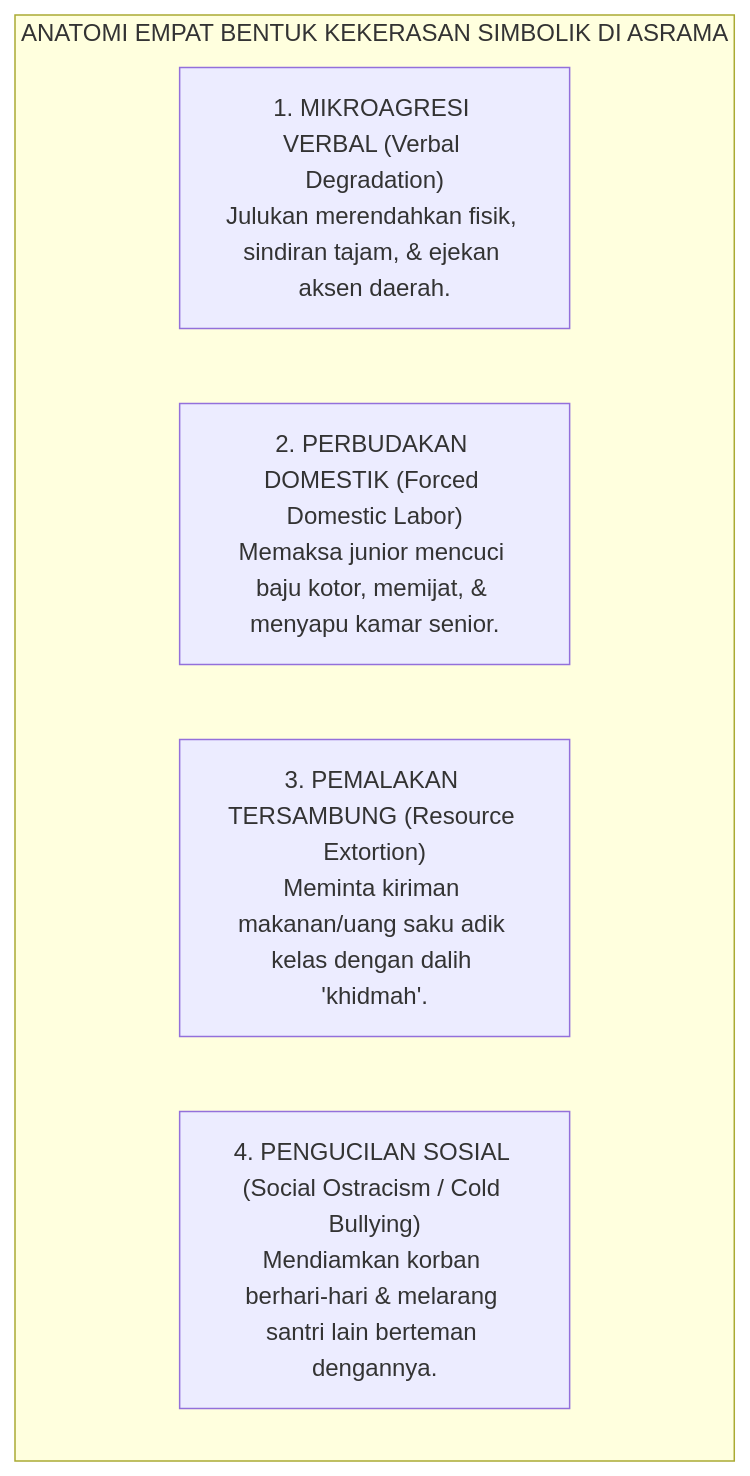
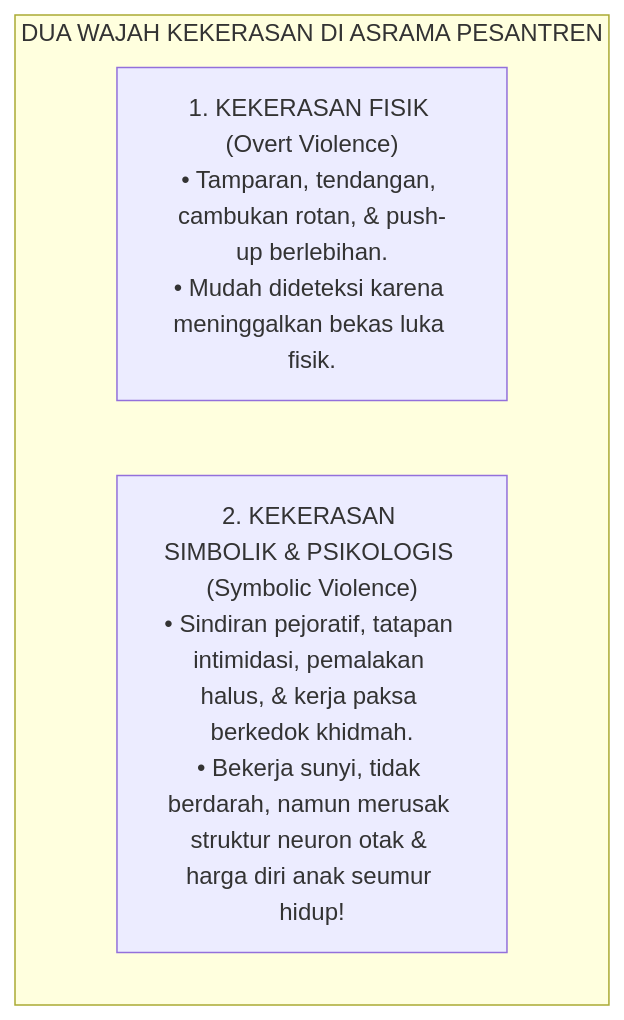
One commit to wandiapriliyandi/tumbuh changed the first of 3 diagrams in BOOK-SERIES/Volume-01/Bab-04-Kritik-Feodalisme-dan-Distorsi-Tawadhu/03-Kekerasan-Simbolik-dan-Perpeloncoan-Senioritas.md. Above: the diagram before and after it, drawn with Mermaid. The commit also changed other lines of this file and 24 other files, not shown here.

Commit message:
feat(book-01): perkaya dan perdalam seluruh isi subbab bab 02 s.d. 07 dengan elaborasi komprehensif, analisis mendalam, dan diagram alur lengkap

````diff
--- a/BOOK-SERIES/Volume-01/Bab-04-Kritik-Feodalisme-dan-Distorsi-Tawadhu/03-Kekerasan-Simbolik-dan-Perpeloncoan-Senioritas.md
+++ b/BOOK-SERIES/Volume-01/Bab-04-Kritik-Feodalisme-dan-Distorsi-Tawadhu/03-Kekerasan-Simbolik-dan-Perpeloncoan-Senioritas.md
@@ -24,12 +18,8 @@
 ```mermaid
 graph TD
-    subgraph BentukSimbolik["ANATOMI EMPAT BENTUK KEKERASAN SIMBOLIK DI ASRAMA"]
-        K1["1. MIKROAGRESI VERBAL (Verbal Degradation)<br/>Julukan merendahkan fisik, sindiran tajam, & ejekan aksen daerah."]
+    subgraph BentukKekerasan["DUA WAJAH KEKERASAN DI ASRAMA PESANTREN"]
+        Fisik["1. KEKERASAN FISIK (Overt Violence)<br/>• Tamparan, tendangan, cambukan rotan, & push-up berlebihan.<br/>• Mudah dideteksi karena meninggalkan bekas luka fisik."]
         
-        K2["2. PERBUDAKAN DOMESTIK (Forced Domestic Labor)<br/>Memaksa junior mencuci baju kotor, memijat, & menyapu kamar senior."]
-        
-        K3["3. PEMALAKAN TERSAMBUNG (Resource Extortion)<br/>Meminta kiriman makanan/uang saku adik kelas dengan dalih 'khidmah'."]
-        
-        K4["4. PENGUCILAN SOSIAL (Social Ostracism / Cold Bullying)<br/>Mendiamkan korban berhari-hari & melarang santri lain berteman dengannya."]
+        Simbolik["2. KEKERASAN SIMBOLIK & PSIKOLOGIS (Symbolic Violence)<br/>• Sindiran pejoratif, tatapan intimidasi, pemalakan halus, & kerja paksa berkedok khidmah.<br/>• Bekerja sunyi, tidak berdarah, namun merusak struktur neuron otak & harga diri anak seumur hidup!"]
     end
 ```
````
